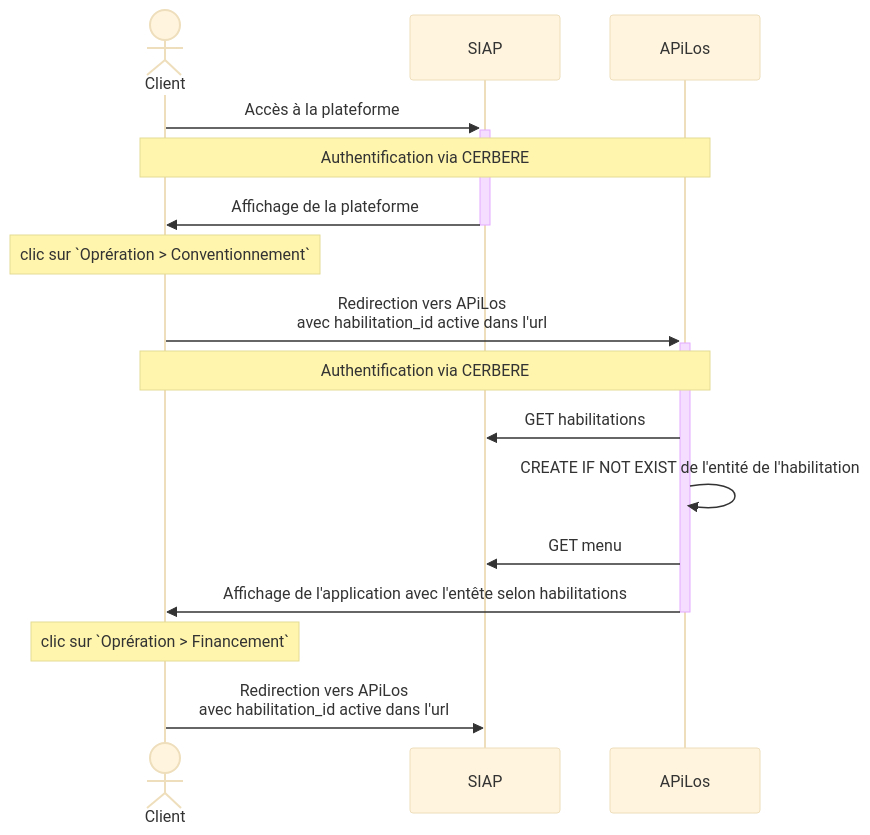
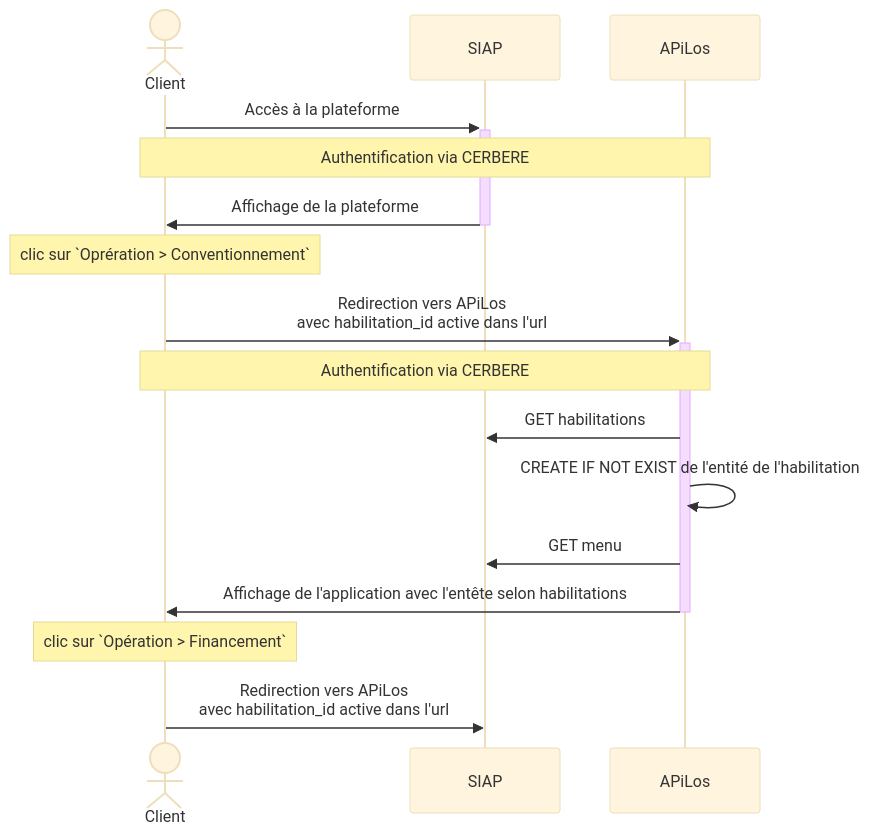
The second of 4 diagrams in SIAP-APiLos.md (MTES-MCT/apilos), drawn with Mermaid (base theme) before and after one commit. The commit also changed other lines of this file and 1 other file, not shown here.

Commit message:
fix Financement -> Prêt and attach it to Convention

````diff
--- a/SIAP-APiLos.md
+++ b/SIAP-APiLos.md
@@ -48,23 +48,23 @@
 ```mermaid
 
 sequenceDiagram
     actor Client
     participant SIAP
     participant APiLos
 
     Client->>+SIAP: Accès à la plateforme
     Note over Client, APiLos: Authentification via CERBERE
     SIAP->>-Client: Affichage de la plateforme
     Note Over Client: clic sur `Oprération > Conventionnement`
 
     Client->>+APiLos: Redirection vers APiLos<br>avec habilitation_id active dans l'url
     Note over Client, APiLos: Authentification via CERBERE
     APiLos->>SIAP: GET habilitations
     APiLos->>APiLos: CREATE IF NOT EXIST de l'entité de l'habilitation
     APiLos->>SIAP: GET menu
     APiLos->>-Client: Affichage de l'application avec l'entête selon habilitations
 
-    Note Over Client: clic sur `Oprération > Financement`
+    Note Over Client: clic sur `Opération > Financement`
     Client->>SIAP: Redirection vers APiLos<br>avec habilitation_id active dans l'url
 
 ```
````
